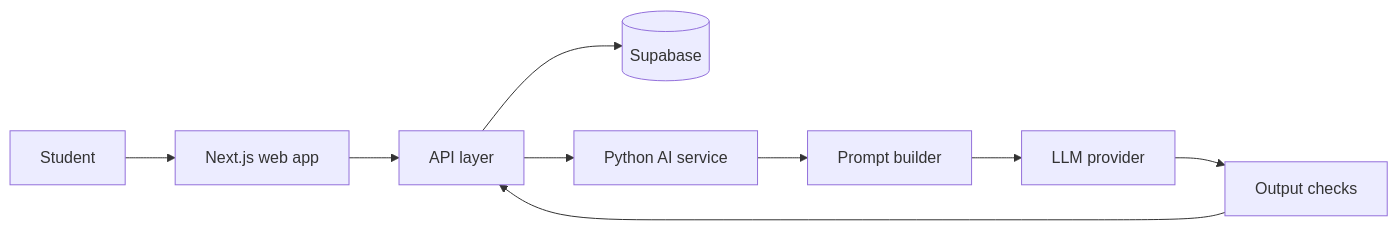
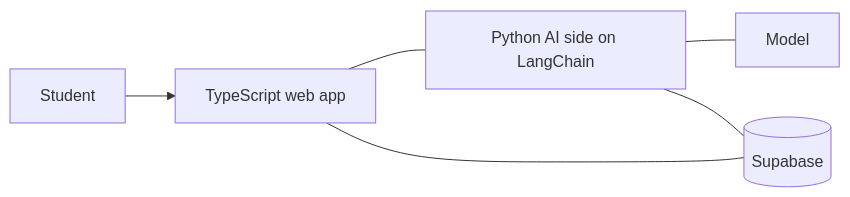
Before and after one commit to tylerp63/updated-portfolio: the diagram in content/studymonkey.mdx, drawn with Mermaid. The commit also changed other lines of this file and 9 other files, not shown here.

````diff
--- a/content/studymonkey.mdx
+++ b/content/studymonkey.mdx
@@ -19,11 +21,8 @@
 ```mermaid
 flowchart LR
-  A[Student] --> B[Next.js web app]
-  B --> C[API layer]
-  C --> D[(Supabase)]
-  C --> E[Python AI service]
-  E --> F[Prompt builder]
-  F --> G[LLM provider]
-  G --> H[Output checks]
-  H --> C
+  S[Student] --> W[TypeScript web app]
+  W --- P[Python AI side on LangChain]
+  P --- M[Model]
+  W --- DB[(Supabase)]
+  P --- DB
 ```
````
